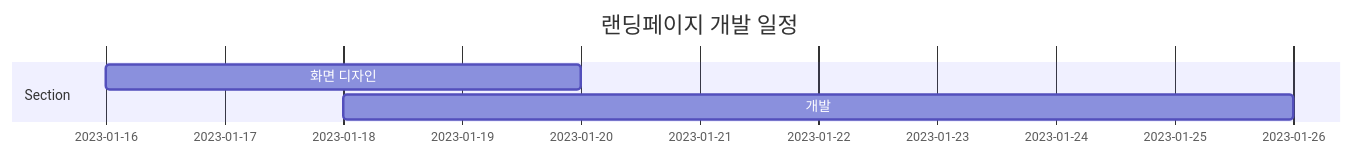
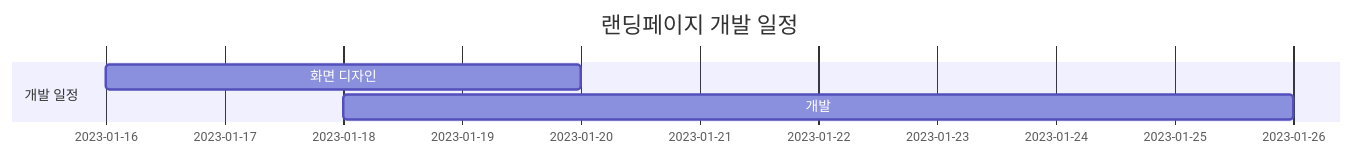
One commit to isckd/Team3_konawa changed the diagram in README.md. Above: the diagram before and after it, drawn with Mermaid.

````diff
--- a/README.md
+++ b/README.md
@@ -39,8 +39,8 @@
 ```mermaid
     gantt
     title 랜딩페이지 개발 일정
-    section Section
+    section 개발 일정
     화면 디자인  : a1, 2023-01-16, 4d
     개발  : a2, 2023-01-18, 8d
  
 ```
````
